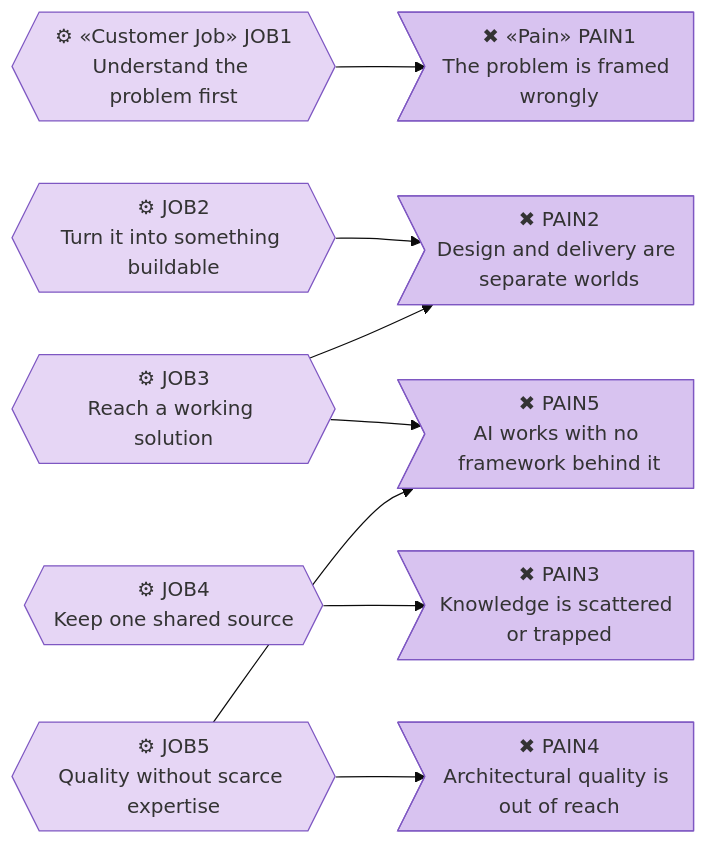
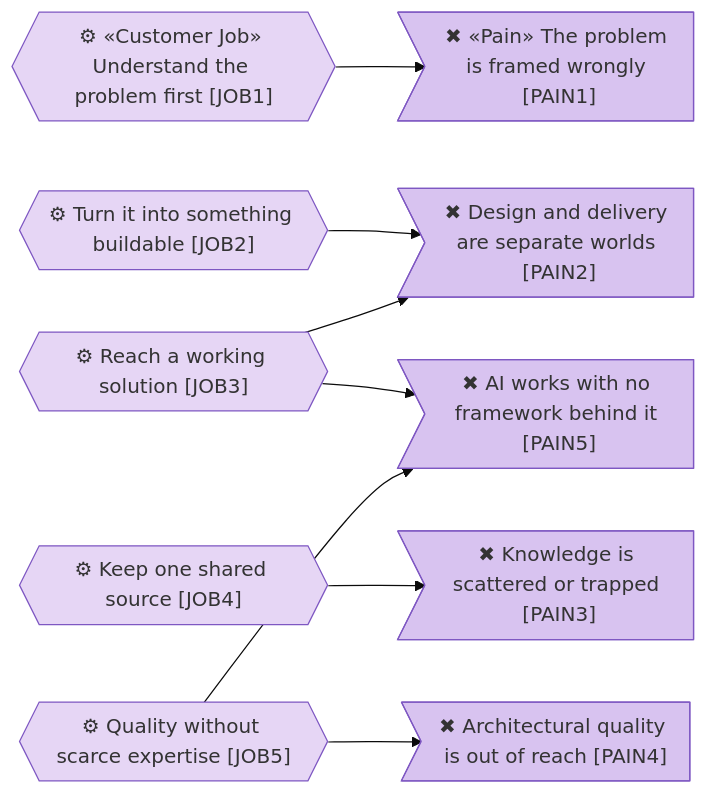
One commit to roanboc/architecture-archreator changed the fourth of 6 diagrams in org-archreator/architecture/0_business-design/1_value-proposition-canvas.md. Above: the diagram before and after it, drawn with Mermaid (base theme). The commit also changed other lines of this file and 38 other files, not shown here.

````diff
--- a/org-archreator/architecture/0_business-design/1_value-proposition-canvas.md
+++ b/org-archreator/architecture/0_business-design/1_value-proposition-canvas.md
@@ -204,25 +204,25 @@
 ```mermaid
 flowchart LR
-  job1{{"⚙ «Customer Job» JOB1<br>Understand the problem first"}}:::job
-  job2{{"⚙ JOB2<br>Turn it into something buildable"}}:::job
-  job3{{"⚙ JOB3<br>Reach a working solution"}}:::job
-  job4{{"⚙ JOB4<br>Keep one shared source"}}:::job
-  job5{{"⚙ JOB5<br>Quality without scarce expertise"}}:::job
+  job1{{"⚙ «Customer Job» Understand the problem first [JOB1]"}}:::job
+  job2{{"⚙ Turn it into something buildable [JOB2]"}}:::job
+  job3{{"⚙ Reach a working solution [JOB3]"}}:::job
+  job4{{"⚙ Keep one shared source [JOB4]"}}:::job
+  job5{{"⚙ Quality without scarce expertise [JOB5]"}}:::job
 
-  pain1>"✖ «Pain» PAIN1<br>The problem is framed wrongly"]:::pain
-  pain2>"✖ PAIN2<br>Design and delivery are separate worlds"]:::pain
-  pain3>"✖ PAIN3<br>Knowledge is scattered or trapped"]:::pain
-  pain4>"✖ PAIN4<br>Architectural quality is out of reach"]:::pain
-  pain5>"✖ PAIN5<br>AI works with no framework behind it"]:::pain
+  pain1>"✖ «Pain» The problem is framed wrongly [PAIN1]"]:::pain
+  pain2>"✖ Design and delivery are separate worlds [PAIN2]"]:::pain
+  pain3>"✖ Knowledge is scattered or trapped [PAIN3]"]:::pain
+  pain4>"✖ Architectural quality is out of reach [PAIN4]"]:::pain
+  pain5>"✖ AI works with no framework behind it [PAIN5]"]:::pain
 
   job1 --> pain1
   job2 --> pain2
   job3 --> pain2
   job3 --> pain5
   job4 --> pain3
   job5 --> pain4
   job5 --> pain5
 
   classDef job fill:#e6d6f5,stroke:#7e57c2,color:#333
   classDef pain fill:#d8c3f0,stroke:#7e57c2,color:#333
 ```
````
